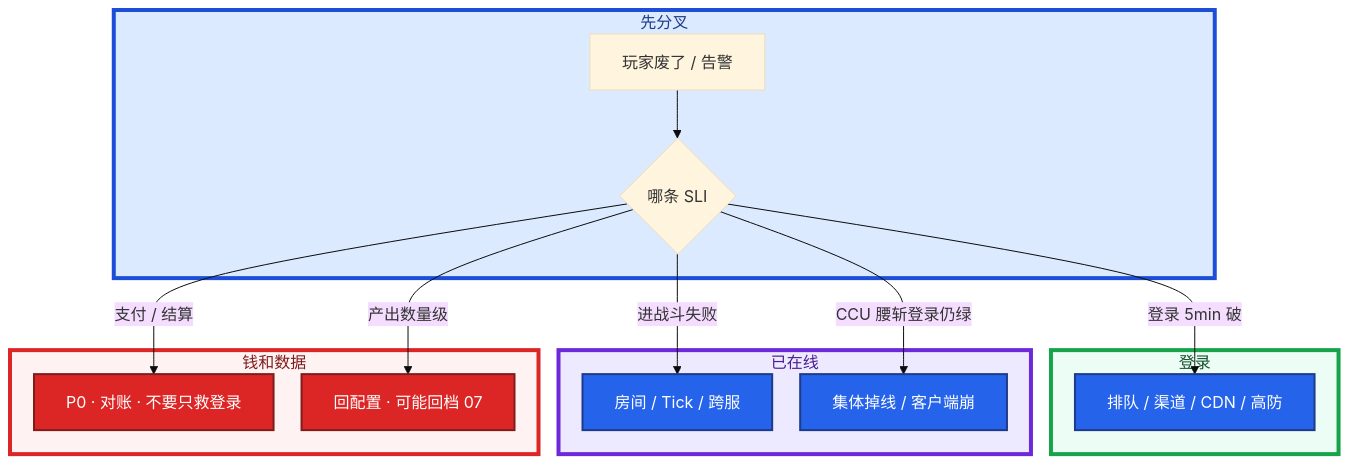
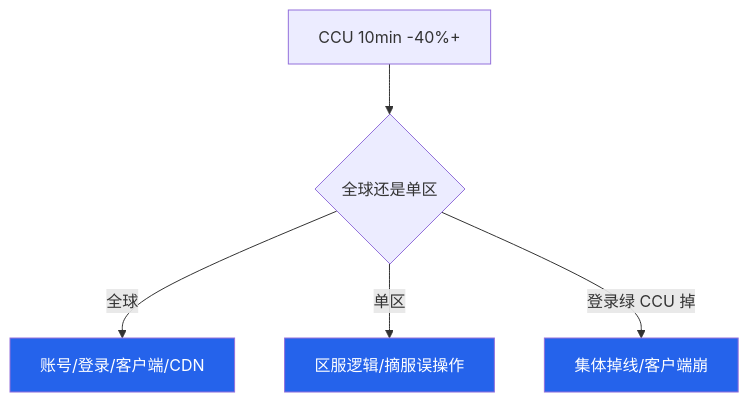
The sixth of 6 diagrams in 08-游戏运维专题/09-游戏SRE稳定性/知识点.md (ml-cuizijun/LearnToLilith), drawn with Mermaid before and after one commit. The commit also changed other lines of this file and 213 other files, not shown here.

````diff
--- a/08-游戏运维专题/09-游戏SRE稳定性/知识点.md
+++ b/08-游戏运维专题/09-游戏SRE稳定性/知识点.md
@@ -459,31 +429,10 @@
 ```mermaid
-%%{init: {"flowchart": {"padding": 16, "nodeSpacing": 28, "rankSpacing": 48}, "theme": "base"}}%%
 flowchart TB
-    subgraph gate ["先分叉"]
-        A[玩家废了 / 告警] --> B{哪条 SLI}
-    end
+    A[CCU 10min -40%+] --> B{全球还是单区}
+    B -->|全球| C[账号/登录/客户端/CDN]
+    B -->|单区| D[区服逻辑/摘服误操作]
+    B -->|登录绿 CCU 掉| E[集体掉线/客户端崩]
 
-    subgraph login ["登录"]
-        B -->|登录 5min 破| C[排队 / 渠道 / CDN / 高防]
-    end
-
-    subgraph play ["已在线"]
-        B -->|进战斗失败| D[房间 / Tick / 跨服]
-        B -->|CCU 腰斩登录仍绿| E[集体掉线 / 客户端崩]
-    end
-
-    subgraph money ["钱和数据"]
-        B -->|支付 / 结算| F[P0 · 对账 · 不要只救登录]
-        B -->|产出数量级| G[回配置 · 可能回档 07]
-    end
-
-    classDef bad fill:#DC2626,stroke:#7F1D1D,stroke-width:2px,color:#fff
-    classDef ok fill:#2563EB,stroke:#1E3A8A,stroke-width:2px,color:#fff
-    class F,G bad
-    class C,D,E ok
-
-    style gate fill:#DBEAFE,stroke:#1D4ED8,stroke-width:4px,color:#1E3A8A
-    style login fill:#ECFDF5,stroke:#16A34A,stroke-width:4px,color:#14532D
-    style play fill:#EDE9FE,stroke:#6D28D9,stroke-width:4px,color:#4C1D95
-    style money fill:#FEF2F2,stroke:#DC2626,stroke-width:4px,color:#7F1D1D
+    classDef a fill:#2563EB,color:#fff
+    class C,D,E a
 ```
````
